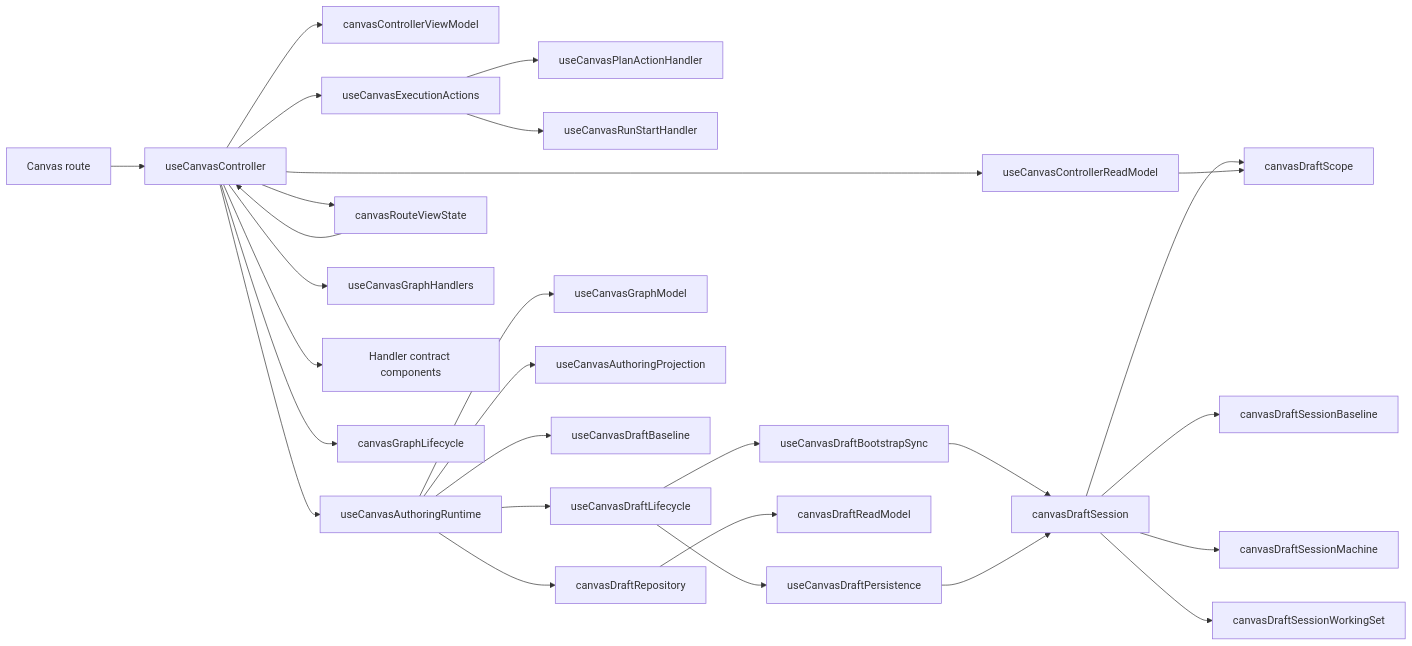
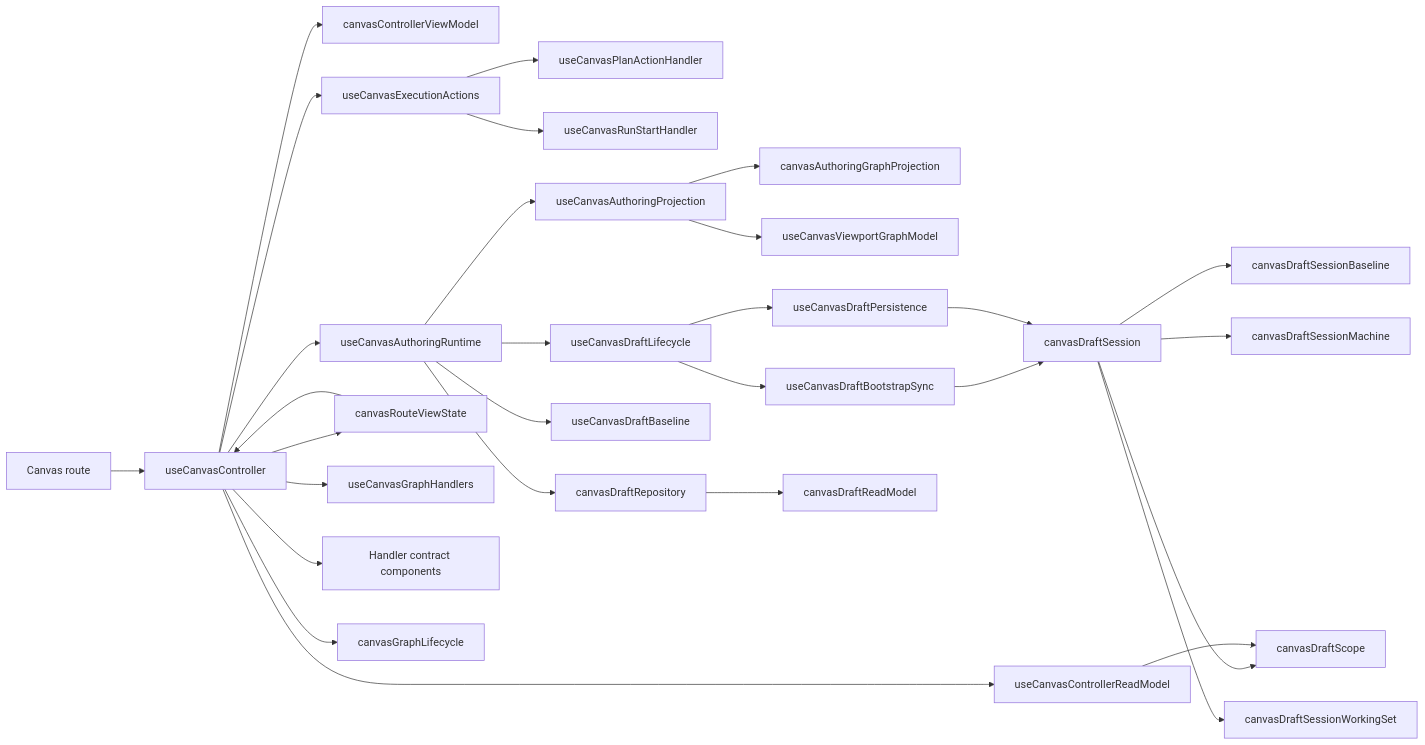
The first of 3 diagrams in docs/architecture/components/web/graph/canvas-controller-current-to-target-architecture.md (dunay2/dvt), drawn with Mermaid before and after one commit. The commit also changed other lines of this file and 119 other files, not shown here.

Commit message:
refactor(web): Hard-cut canvas runtime truth and authoring seams

````diff
--- a/docs/architecture/components/web/graph/canvas-controller-current-to-target-architecture.md
+++ b/docs/architecture/components/web/graph/canvas-controller-current-to-target-architecture.md
@@ -77,35 +77,36 @@
 ```mermaid
 flowchart LR
   Route["Canvas route"] --> Controller["useCanvasController"]
   Controller --> ViewModel["canvasControllerViewModel"]
   Controller --> ReadModel["useCanvasControllerReadModel"]
   Controller --> Runtime["useCanvasAuthoringRuntime"]
   Controller --> Execution["useCanvasExecutionActions"]
   Controller --> RouteState["canvasRouteViewState"]
   Controller --> GraphHandlers["useCanvasGraphHandlers"]
   Controller --> HandlerContracts["Handler contract components"]
   Controller --> GraphLifecycle["canvasGraphLifecycle"]
 
   Execution --> PlanHandler["useCanvasPlanActionHandler"]
   Execution --> RunHandler["useCanvasRunStartHandler"]
 
   Runtime --> Lifecycle["useCanvasDraftLifecycle"]
-  Runtime --> GraphModel["useCanvasGraphModel"]
   Runtime --> Projection["useCanvasAuthoringProjection"]
   Runtime --> Baseline["useCanvasDraftBaseline"]
   Runtime --> Repository["canvasDraftRepository"]
+  Projection --> AuthoringGraph["canvasAuthoringGraphProjection"]
+  Projection --> ViewportGraph["useCanvasViewportGraphModel"]
 
   Lifecycle --> Bootstrap["useCanvasDraftBootstrapSync"]
   Lifecycle --> Persistence["useCanvasDraftPersistence"]
   Bootstrap --> Session["canvasDraftSession"]
   Persistence --> Session
 
   Session --> SessionBaseline["canvasDraftSessionBaseline"]
   Session --> SessionMachine["canvasDraftSessionMachine"]
   Session --> SessionWorkingSet["canvasDraftSessionWorkingSet"]
   Session --> Scope["canvasDraftScope"]
 
   Repository --> DraftReadModel["canvasDraftReadModel"]
   ReadModel --> Scope
   RouteState --> Controller
 ```
````
